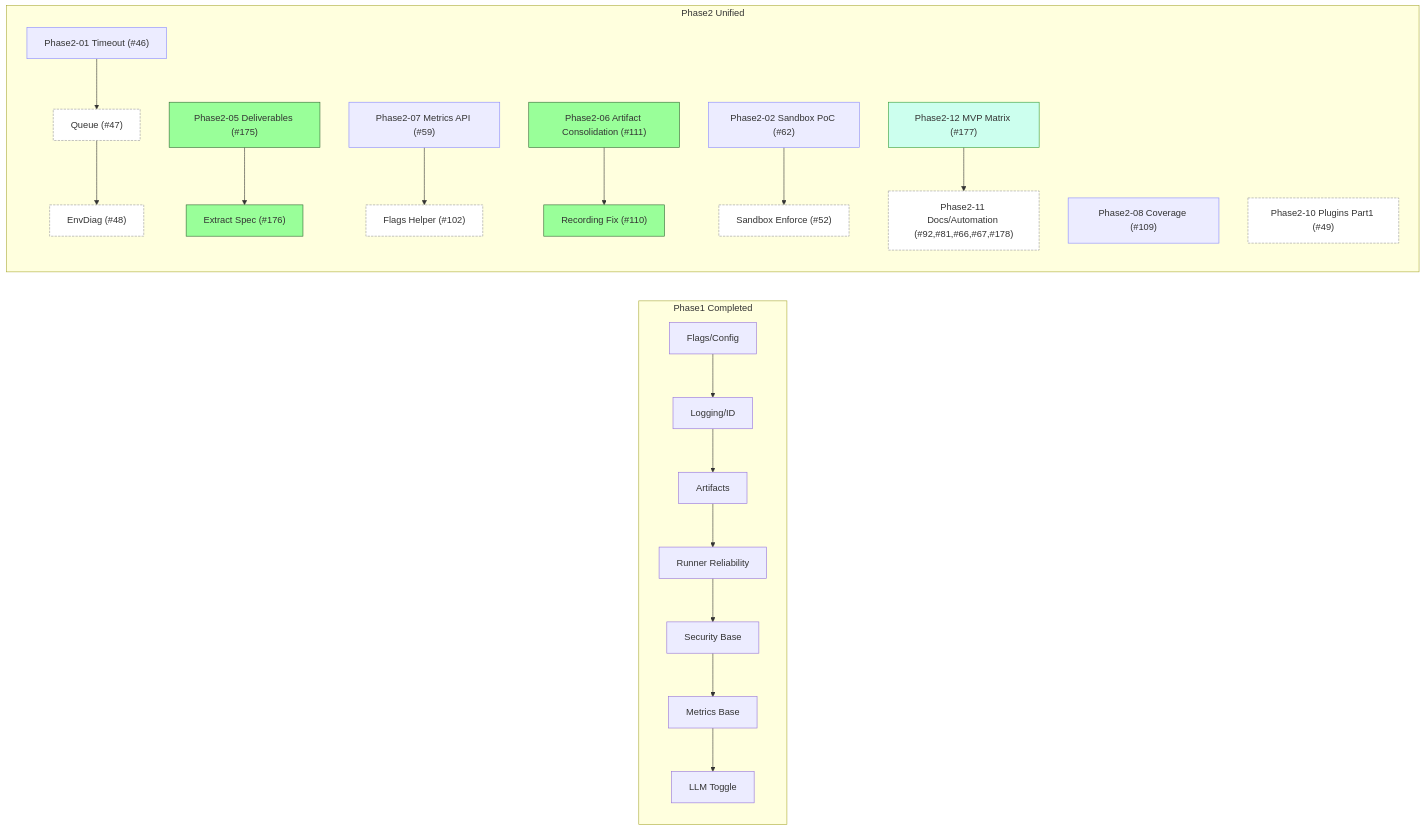
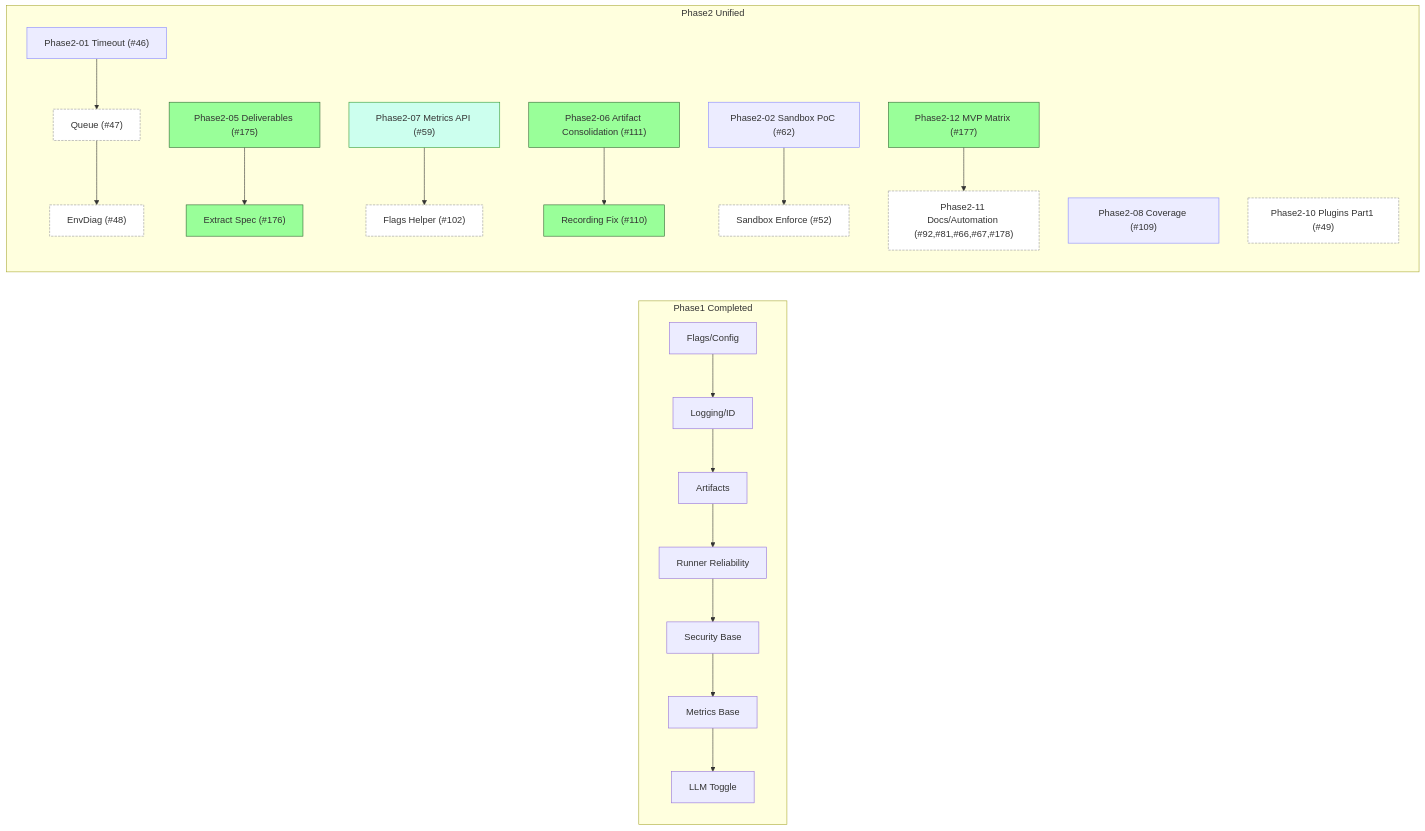
One commit to Nobukins/2bykilt changed the diagram in docs/roadmap/ROADMAP.md. Above: the diagram before and after it, drawn with Mermaid. The commit also changed other lines of this file and 5 other files, not shown here.

First line of the commit message:
docs: MVP Enterprise Readiness Matrix implementation (#177)

````diff
--- a/docs/roadmap/ROADMAP.md
+++ b/docs/roadmap/ROADMAP.md
@@ -190,20 +190,20 @@
 ```mermaid
 graph LR
     subgraph A[Phase1 Completed]
       A1[Flags/Config] --> A2[Logging/ID] --> A3[Artifacts] --> A4[Runner Reliability] --> A5[Security Base] --> A6[Metrics Base] --> A7[LLM Toggle]
     end
     subgraph P2[Phase2 Unified]
       P201["Phase2-01 Timeout (#46)"]:::planned --> P201b["Queue (#47)"]:::future --> P201c["EnvDiag (#48)"]:::future
       P205["Phase2-05 Deliverables (#175)"]:::done --> P205b["Extract Spec (#176)"]:::done
-      P207["Phase2-07 Metrics API (#59)"]:::planned --> P207b["Flags Helper (#102)"]:::future
+      P207["Phase2-07 Metrics API (#59)"]:::inprogress --> P207b["Flags Helper (#102)"]:::future
       P206["Phase2-06 Artifact Consolidation (#111)"]:::done --> P206b["Recording Fix (#110)"]:::done
       P208["Phase2-08 Coverage (#109)"]:::planned
       P202["Phase2-02 Sandbox PoC (#62)"]:::planned --> P202b["Sandbox Enforce (#52)"]:::future
       P210["Phase2-10 Plugins Part1 (#49)"]:::future
-      P212["Phase2-12 MVP Matrix (#177)"]:::inprogress --> P211["Phase2-11 Docs/Automation (#92,#81,#66,#67,#178)"]:::future
+      P212["Phase2-12 MVP Matrix (#177)"]:::done --> P211["Phase2-11 Docs/Automation (#92,#81,#66,#67,#178)"]:::future
     end
     classDef planned fil:#eef,stroke:#88f;
     classDef inprogress fill:#cfe,stroke:#393;
     classDef done fill:#9f9,stroke:#363;
     classDef future fill:#fff,stroke:#999,stroke-dasharray: 4 2;
 ```
````
